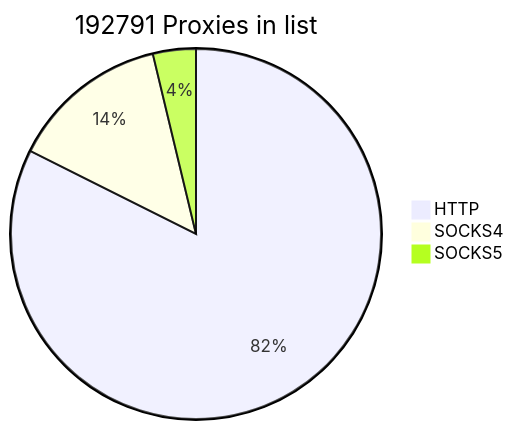
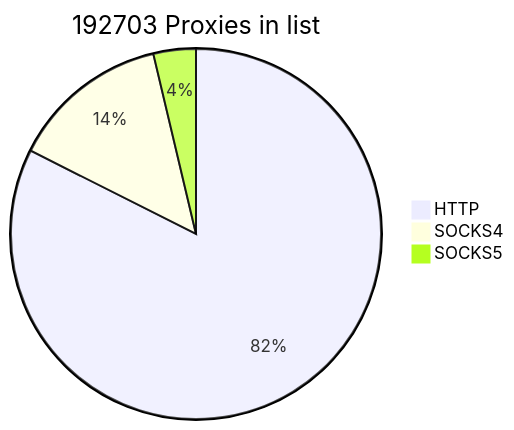
The first of 2 diagrams in README.md (cutipu/proxylist), drawn with Mermaid before and after one commit. The commit also changed other lines of this file, not shown here.

````diff
--- a/README.md
+++ b/README.md
@@ -2,7 +2,7 @@
 ```mermaid
-pie title 192791 Proxies in list
-    "HTTP" : 158850
+pie title 192703 Proxies in list
+    "HTTP" : 158851
     "SOCKS4" : 26716
-    "SOCKS5" : 7225
+    "SOCKS5" : 7136
             
 ```
````
